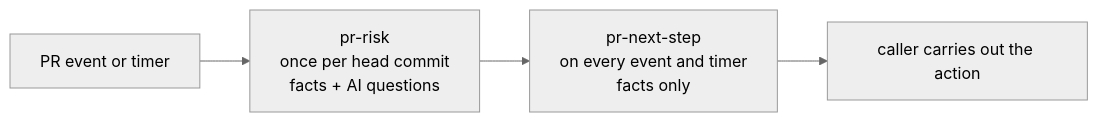
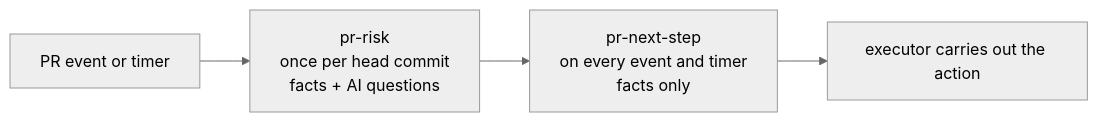
The diagram in docs/pr-review-design.md (geolonia/pointsman), drawn with Mermaid (neutral theme) before and after one commit. The commit also changed other lines of this file, not shown here.

````diff
--- a/docs/pr-review-design.md
+++ b/docs/pr-review-design.md
@@ -38,6 +62,6 @@
 ```mermaid
 flowchart LR
     E[PR event or timer] --> R["pr-risk<br/>once per head commit<br/>facts + AI questions"]
     R --> N["pr-next-step<br/>on every event and timer<br/>facts only"]
-    N --> X[caller carries out the action]
+    N --> X[executor carries out the action]
 ```
````
